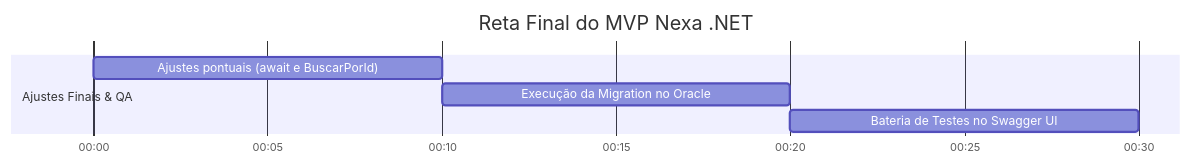
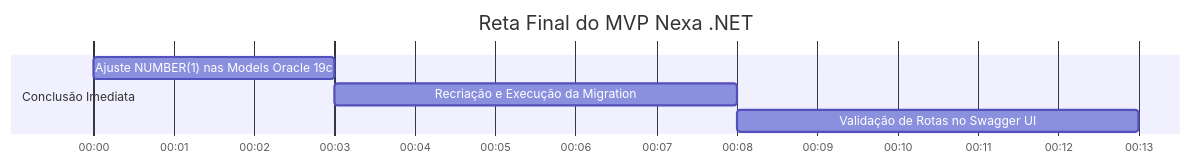
One commit to NexaGS/nexa-dotnet-gestao changed the diagram in Nexa.Dotnet/Docs/PLANO-DESENVOLVIMENTO-GUIA.md. Above: the diagram before and after it, drawn with Mermaid. The commit also changed other lines of this file and 4 other files, not shown here.

````diff
--- a/Nexa.Dotnet/Docs/PLANO-DESENVOLVIMENTO-GUIA.md
+++ b/Nexa.Dotnet/Docs/PLANO-DESENVOLVIMENTO-GUIA.md
@@ -16,11 +24,11 @@
 ```mermaid
 gantt
     title Reta Final do MVP Nexa .NET
     dateFormat  HH:mm
     axisFormat  %H:%M
     
-    section Ajustes Finais & QA
-    Ajustes pontuais (await e BuscarPorId) :done1, 00:00, 10m
-    Execução da Migration no Oracle       :done2, after done1, 10m
-    Bateria de Testes no Swagger UI      :done3, after done2, 10m
+    section Conclusão Imediata
+    Ajuste NUMBER(1) nas Models Oracle 19c :done1, 00:00, 3m
+    Recriação e Execução da Migration      :done2, after done1, 5m
+    Validação de Rotas no Swagger UI       :done3, after done2, 5m
 ```
````
